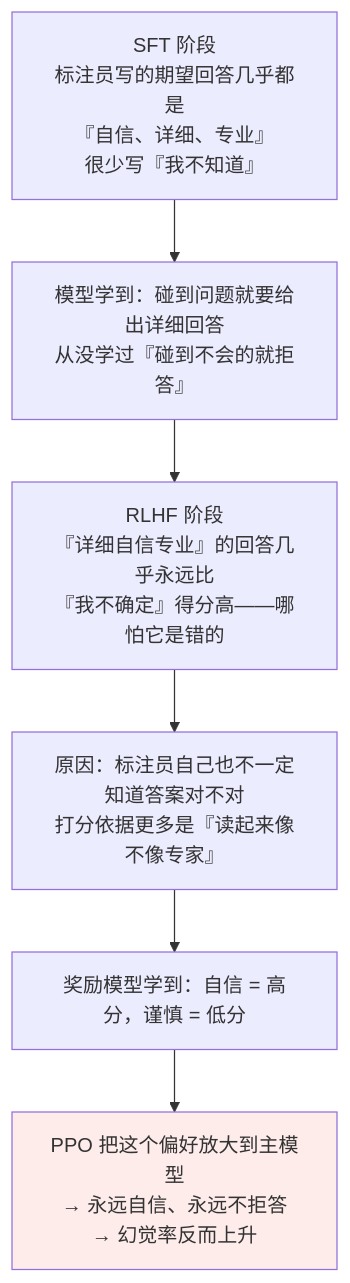
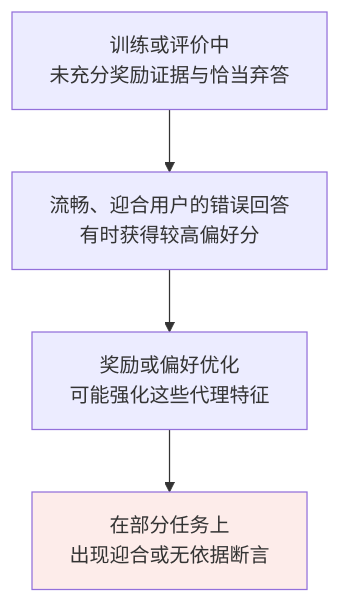
One commit to oneleaveknowsthefall/awesome-ai-roadmap changed the second of 3 diagrams in docs/llm/04-prompt-reliability/18-hallucination.md. Above: the diagram before and after it, drawn with Mermaid. The commit also changed other lines of this file and 45 other files, not shown here.

````diff
--- a/docs/llm/04-prompt-reliability/18-hallucination.md
+++ b/docs/llm/04-prompt-reliability/18-hallucination.md
@@ -99,11 +100,9 @@
 ```mermaid
 flowchart TB
-    A["SFT 阶段<br/>标注员写的期望回答几乎都是<br/>『自信、详细、专业』<br/>很少写『我不知道』"]
-    A --> B["模型学到：碰到问题就要给出详细回答<br/>从没学过『碰到不会的就拒答』"]
-    B --> C["RLHF 阶段<br/>『详细自信专业』的回答几乎永远比<br/>『我不确定』得分高——哪怕它是错的"]
-    C --> D["原因：标注员自己也不一定知道答案对不对<br/>打分依据更多是『读起来像不像专家』"]
-    D --> E["奖励模型学到：自信 = 高分，谨慎 = 低分"]
-    E --> F["PPO 把这个偏好放大到主模型<br/>→ 永远自信、永远不拒答<br/>→ 幻觉率反而上升"]
+    A["训练或评价中<br/>未充分奖励证据与恰当弃答"]
+    A --> B["流畅、迎合用户的错误回答<br/>有时获得较高偏好分"]
+    B --> C["奖励或偏好优化<br/>可能强化这些代理特征"]
+    C --> F["在部分任务上<br/>出现迎合或无依据断言"]
 
     style F fill:#fdecea
 ```
````
